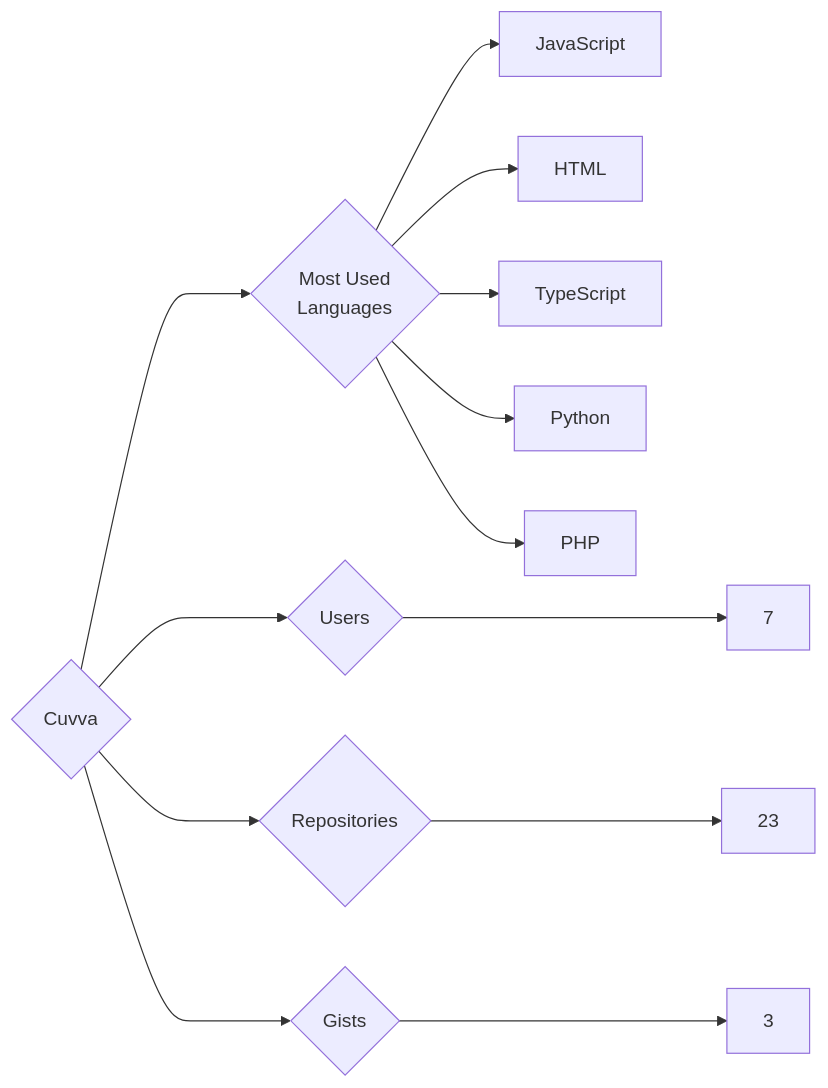
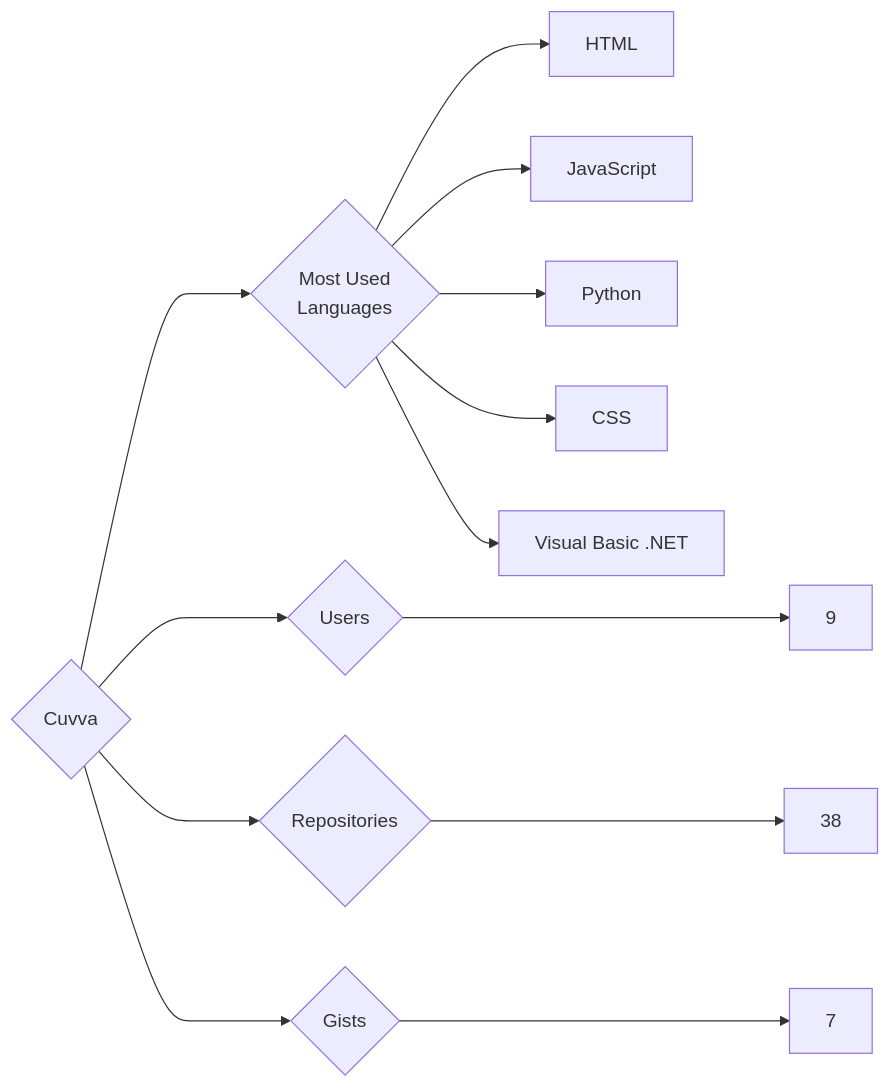
The diagram in targets/Cuvva/README.md (trickest/insiders), drawn with Mermaid before and after one commit. The commit also changed 1092 other files, not shown here.

````diff
--- a/targets/Cuvva/README.md
+++ b/targets/Cuvva/README.md
@@ -3,13 +3,13 @@
 ```mermaid
 graph LR
 COMPANY_NAME{Cuvva}
-COMPANY_NAME ---> U{Users} ---> UN[7]
-COMPANY_NAME ---> R{Repositories} ---> RN[23]
-COMPANY_NAME ---> G{Gists} ---> GN[3]
+COMPANY_NAME ---> U{Users} ---> UN[9]
+COMPANY_NAME ---> R{Repositories} ---> RN[38]
+COMPANY_NAME ---> G{Gists} ---> GN[7]
 COMPANY_NAME ---> ML{Most Used<br>Languages}
+ML --> HTML[HTML]
 ML --> JavaScript[JavaScript]
-ML --> HTML[HTML]
-ML --> TypeScript[TypeScript]
 ML --> Python[Python]
-ML --> PHP[PHP]
+ML --> CSS[CSS]
+ML --> Visual_Basic_.NET[Visual Basic .NET]
 ```
````
